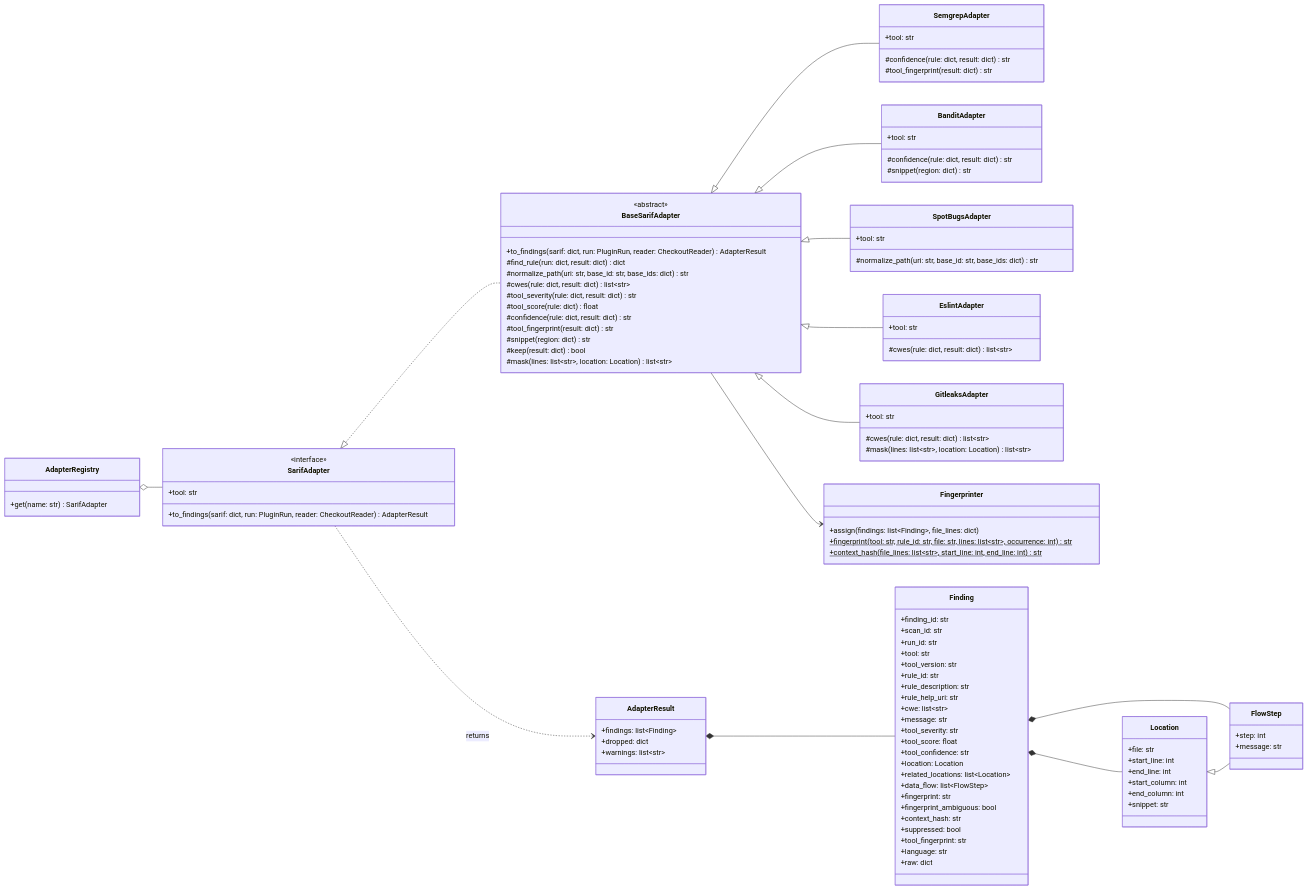
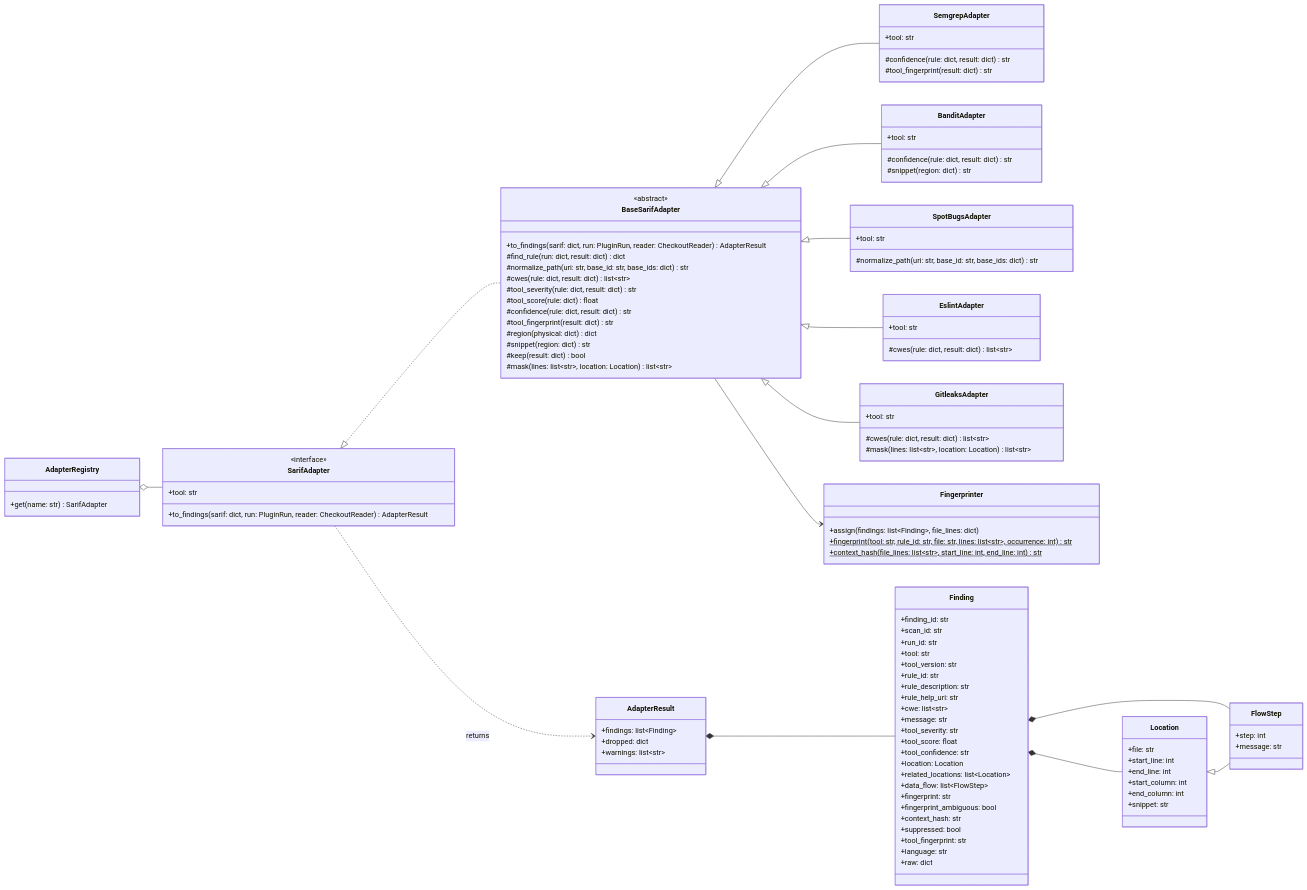
One commit to sieve-ku-comp491/sieve changed the second of 5 diagrams in docs/class-diagrams.md. Above: the diagram before and after it, drawn with Mermaid. The commit also changed 1 other file, not shown here.

Commit message:
refactor(adapters): read a location's region through region()
A tool's adapter can override it when its tool's region doesn't hold
the line the tool reports.

Refs #55

```diff
--- a/docs/class-diagrams.md
+++ b/docs/class-diagrams.md
@@ -191,6 +191,7 @@
     #tool_score(rule: dict) float
     #confidence(rule: dict, result: dict) str
     #tool_fingerprint(result: dict) str
+    #region(physical: dict) dict
     #snippet(region: dict) str
     #keep(result: dict) bool
     #mask(lines: list~str~, location: Location) list~str~
```
